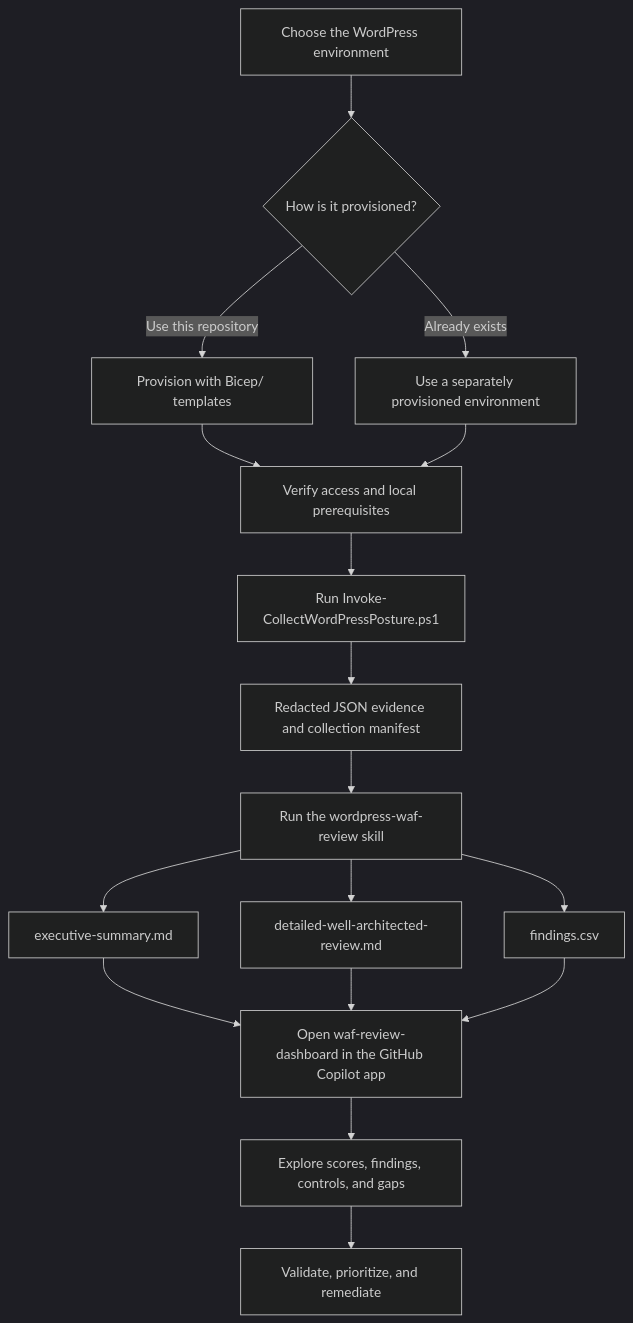
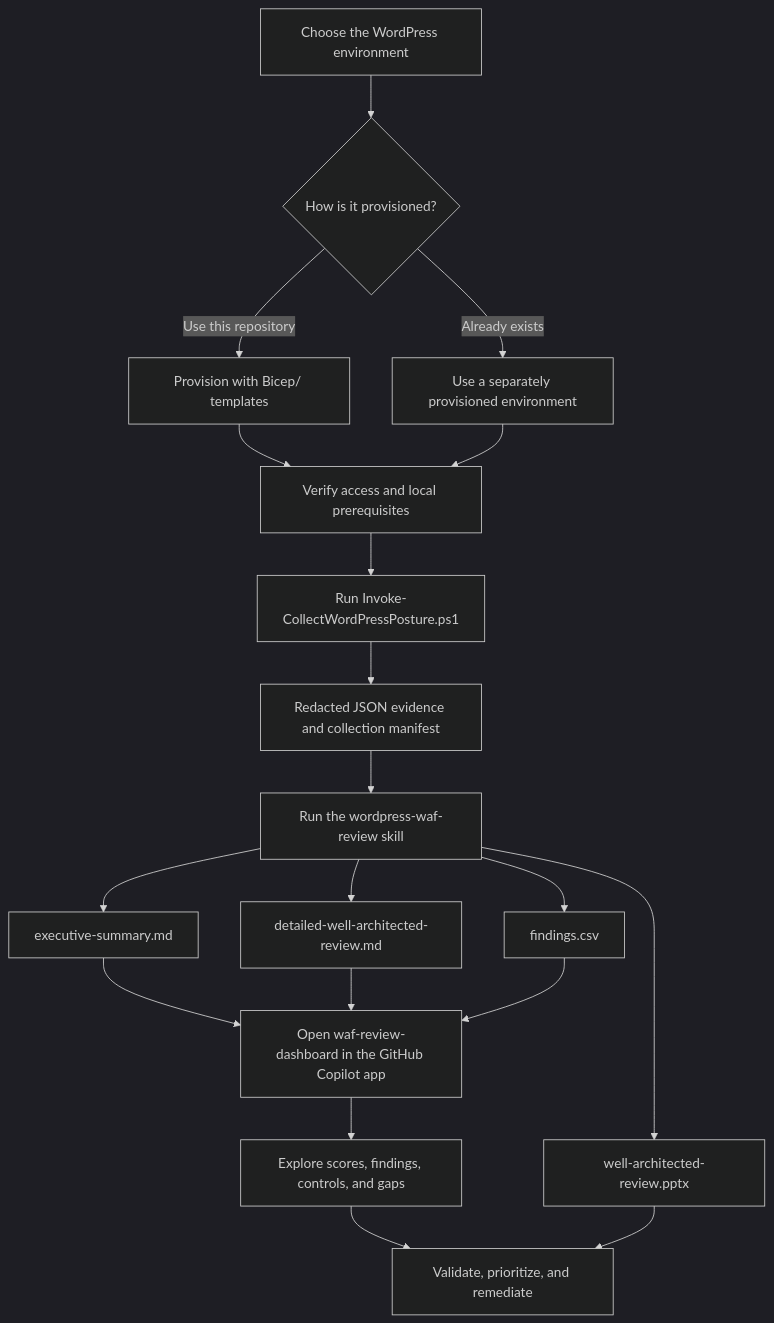
Before and after one commit to ahmedsza/WordPressOnAzureToolkit: the diagram in README.md, drawn with Mermaid (dark theme). The commit also changed other lines of this file and 14 other files, not shown here.

````diff
--- a/README.md
+++ b/README.md
@@ -25,19 +28,21 @@
 ```mermaid
 flowchart TD
   A[Choose the WordPress environment] --> B{How is it provisioned?}
   B -->|Use this repository| C[Provision with Bicep/ templates]
   B -->|Already exists| D[Use a separately provisioned environment]
   C --> E[Verify access and local prerequisites]
   D --> E
   E --> F[Run Invoke-CollectWordPressPosture.ps1]
   F --> G[Redacted JSON evidence and collection manifest]
   G --> H[Run the wordpress-waf-review skill]
   H --> I[executive-summary.md]
   H --> J[detailed-well-architected-review.md]
   H --> K[findings.csv]
+  H --> O[well-architected-review.pptx]
   I --> L[Open waf-review-dashboard in the GitHub Copilot app]
   J --> L
   K --> L
   L --> M[Explore scores, findings, controls, and gaps]
   M --> N[Validate, prioritize, and remediate]
+  O --> N
 ```
````
